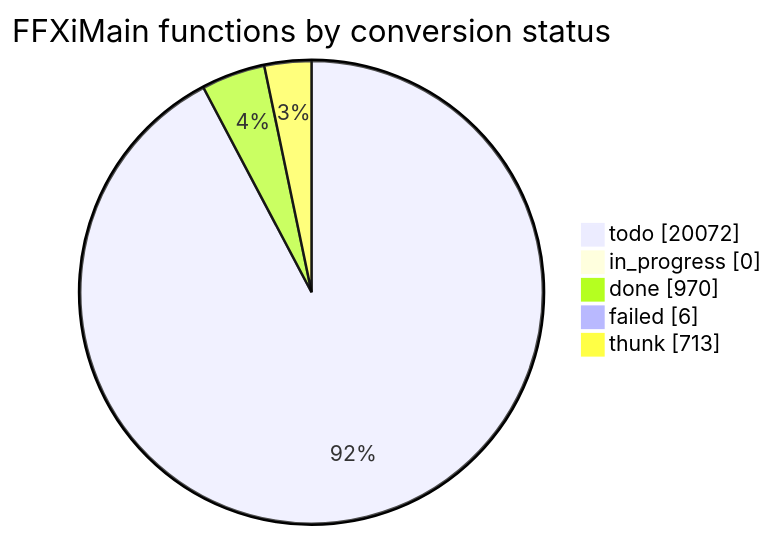
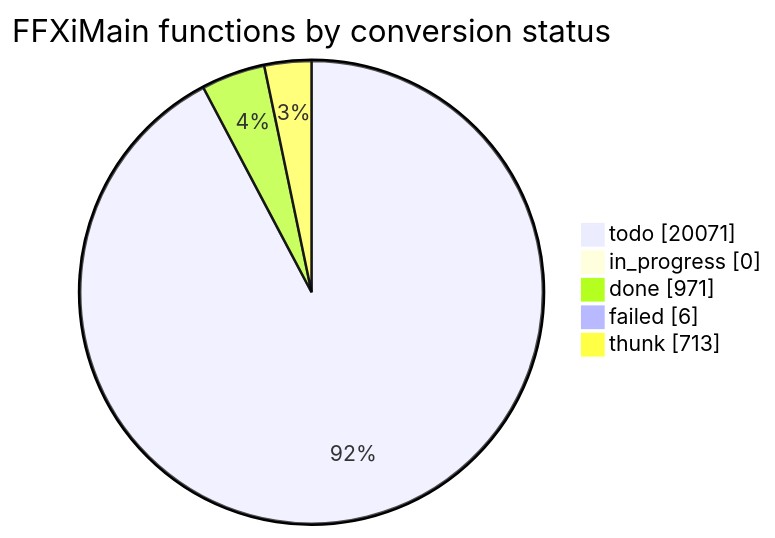
One commit to cowrevenge/cow_kuluu_xi_anything changed the diagram in docs/cow/STATUS.md. Above: the diagram before and after it, drawn with Mermaid. The commit also changed other lines of this file and 14 other files, not shown here.

````diff
--- a/docs/cow/STATUS.md
+++ b/docs/cow/STATUS.md
@@ -18,9 +18,9 @@
 ```mermaid
 pie showData
     title FFXiMain functions by conversion status
-    "todo" : 20072
+    "todo" : 20071
     "in_progress" : 0
-    "done" : 970
+    "done" : 971
     "failed" : 6
     "thunk" : 713
 ```
````
